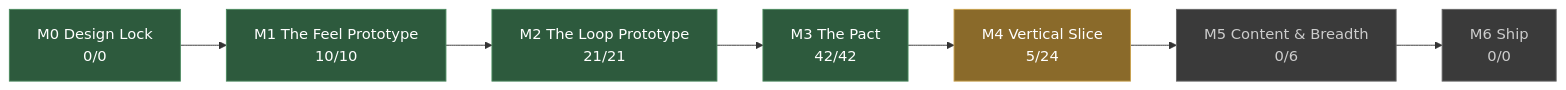
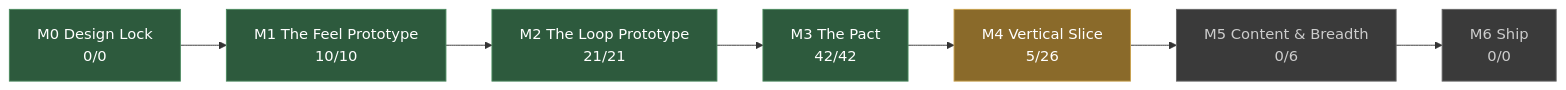
Before and after one commit to JoshuaGessner/she: the diagram in docs/STATUS.md, drawn with Mermaid. The commit also changed other lines of this file and 8 other files, not shown here.

````diff
--- a/docs/STATUS.md
+++ b/docs/STATUS.md
@@ -13,19 +13,19 @@
 ```mermaid
 flowchart LR
   M0["M0 Design Lock<br/>0/0"]:::passed
   M1["M1 The Feel Prototype<br/>10/10"]:::passed
   M0 --> M1
   M2["M2 The Loop Prototype<br/>21/21"]:::passed
   M1 --> M2
   M3["M3 The Pact<br/>42/42"]:::passed
   M2 --> M3
-  M4["M4 Vertical Slice<br/>5/24"]:::current
+  M4["M4 Vertical Slice<br/>5/26"]:::current
   M3 --> M4
   M5["M5 Content & Breadth<br/>0/6"]:::ahead
   M4 --> M5
   M6["M6 Ship<br/>0/0"]:::ahead
   M5 --> M6
   classDef passed fill:#2d5a3d,stroke:#4a8a5f,color:#fff
   classDef current fill:#8a6a2a,stroke:#c8a04a,color:#fff
   classDef ahead fill:#3a3a3a,stroke:#666,color:#ccc
 ```
````
